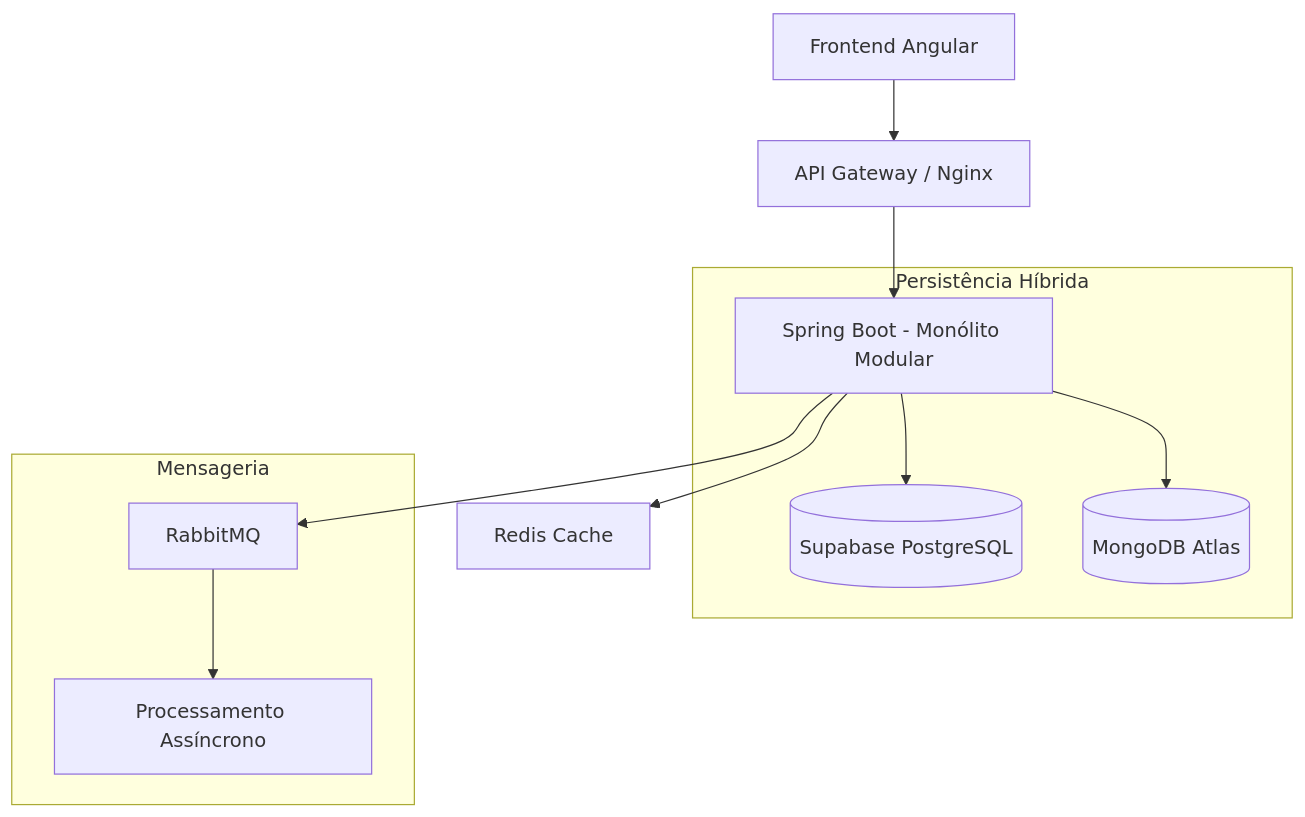
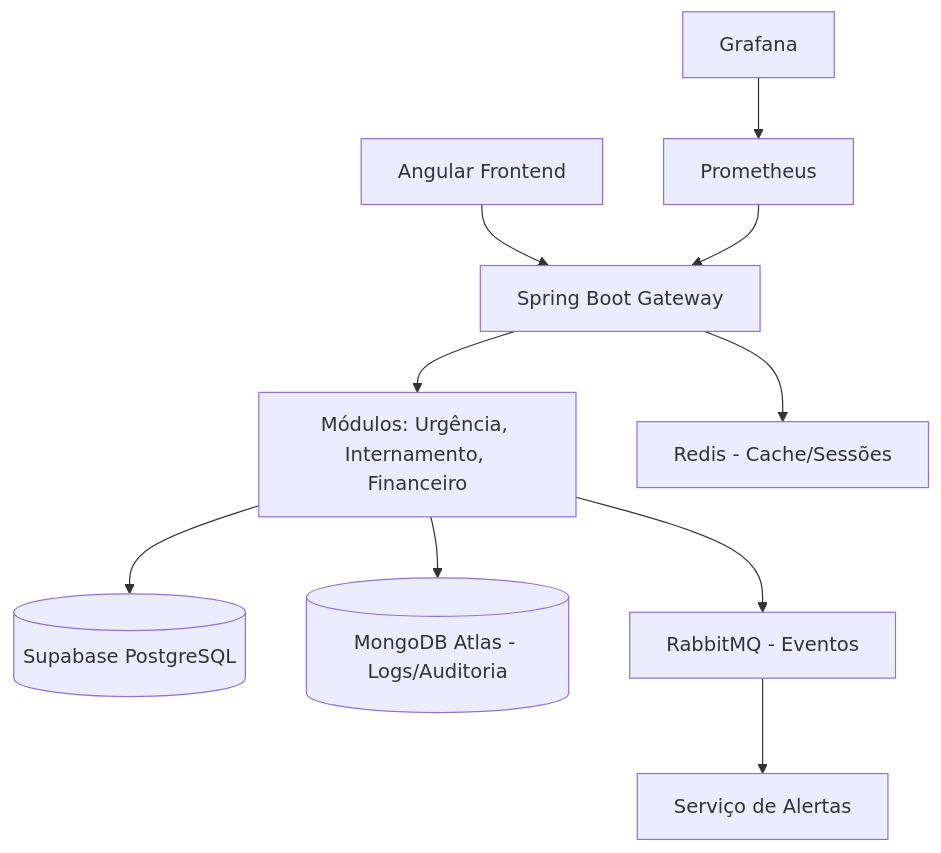
Before and after one commit to manueldacruz767-stack/fabrica-ia-autonoma: the diagram in projeto_final.md, drawn with Mermaid. The commit also changed other lines of this file, not shown here.

````diff
--- a/projeto_final.md
+++ b/projeto_final.md
@@ -133,17 +145,16 @@
 ```mermaid
 graph TD
-    UI[Frontend Angular] --> Gateway[API Gateway / Nginx]
-    Gateway --> App[Spring Boot - Monólito Modular]
+    UI[Angular Frontend] --> API[Spring Boot Gateway]
+    API --> Modulos[Módulos: Urgência, Internamento, Financeiro]
     
-    subgraph "Persistência Híbrida"
-        App --> PG[(Supabase PostgreSQL)]
-        App --> MG[(MongoDB Atlas)]
-    end
+    Modulos --> Postgres[(Supabase PostgreSQL)]
+    Modulos --> Mongo[(MongoDB Atlas - Logs/Auditoria)]
     
-    subgraph "Mensageria"
-        App --> RMQ[RabbitMQ]
-        RMQ --> Workers[Processamento Assíncrono]
-    end
+    Modulos --> RMQ[RabbitMQ - Eventos]
+    RMQ --> Notificacoes[Serviço de Alertas]
     
-    App --> Redis[Redis Cache]
+    API --> Redis[Redis - Cache/Sessões]
+    
+    Prometheus[Prometheus] --> API
+    Grafana[Grafana] --> Prometheus
 ```
````
